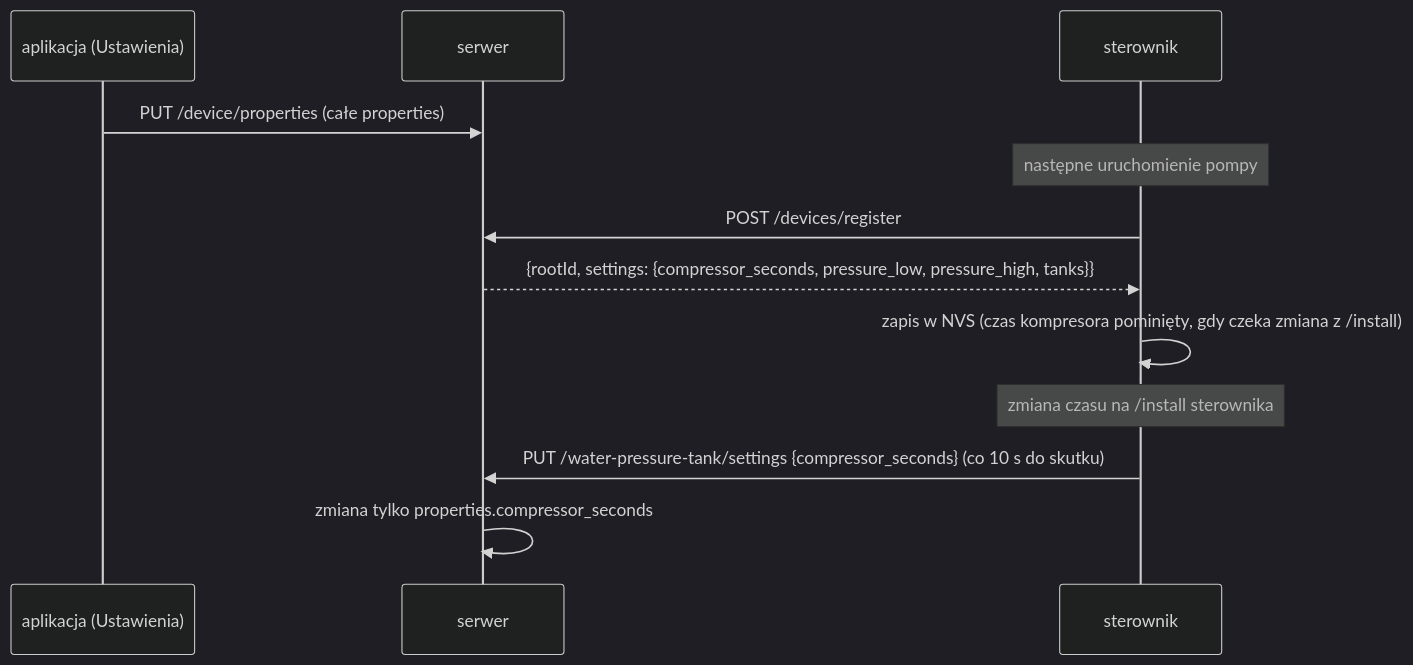
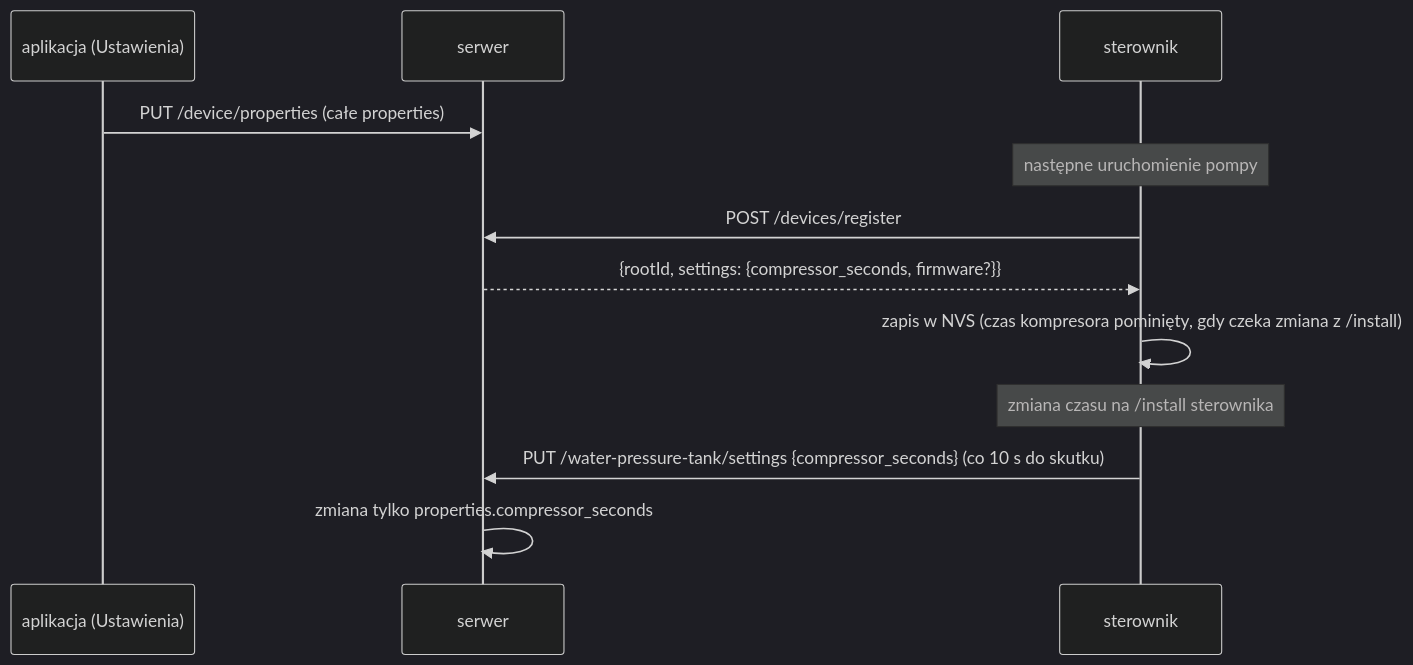
The fifth of 5 diagrams in docs/moduly/water-pressure-tank/2-zasada-dzialania.md (robertorlowski/chpc-web), drawn with Mermaid (dark theme) before and after one commit. The commit also changed other lines of this file and 53 other files, not shown here.

````diff
--- a/docs/moduly/water-pressure-tank/2-zasada-dzialania.md
+++ b/docs/moduly/water-pressure-tank/2-zasada-dzialania.md
@@ -73,14 +89,14 @@
 ```mermaid
 sequenceDiagram
     participant U as aplikacja (Ustawienia)
     participant S as serwer
     participant C as sterownik
     U->>S: PUT /device/properties (całe properties)
     Note over C: następne uruchomienie pompy
     C->>S: POST /devices/register
-    S-->>C: {rootId, settings: {compressor_seconds, pressure_low, pressure_high, tanks}}
+    S-->>C: {rootId, settings: {compressor_seconds, firmware?}}
     C->>C: zapis w NVS (czas kompresora pominięty, gdy czeka zmiana z /install)
     Note over C: zmiana czasu na /install sterownika
     C->>S: PUT /water-pressure-tank/settings {compressor_seconds} (co 10 s do skutku)
     S->>S: zmiana tylko properties.compressor_seconds
 ```
````
